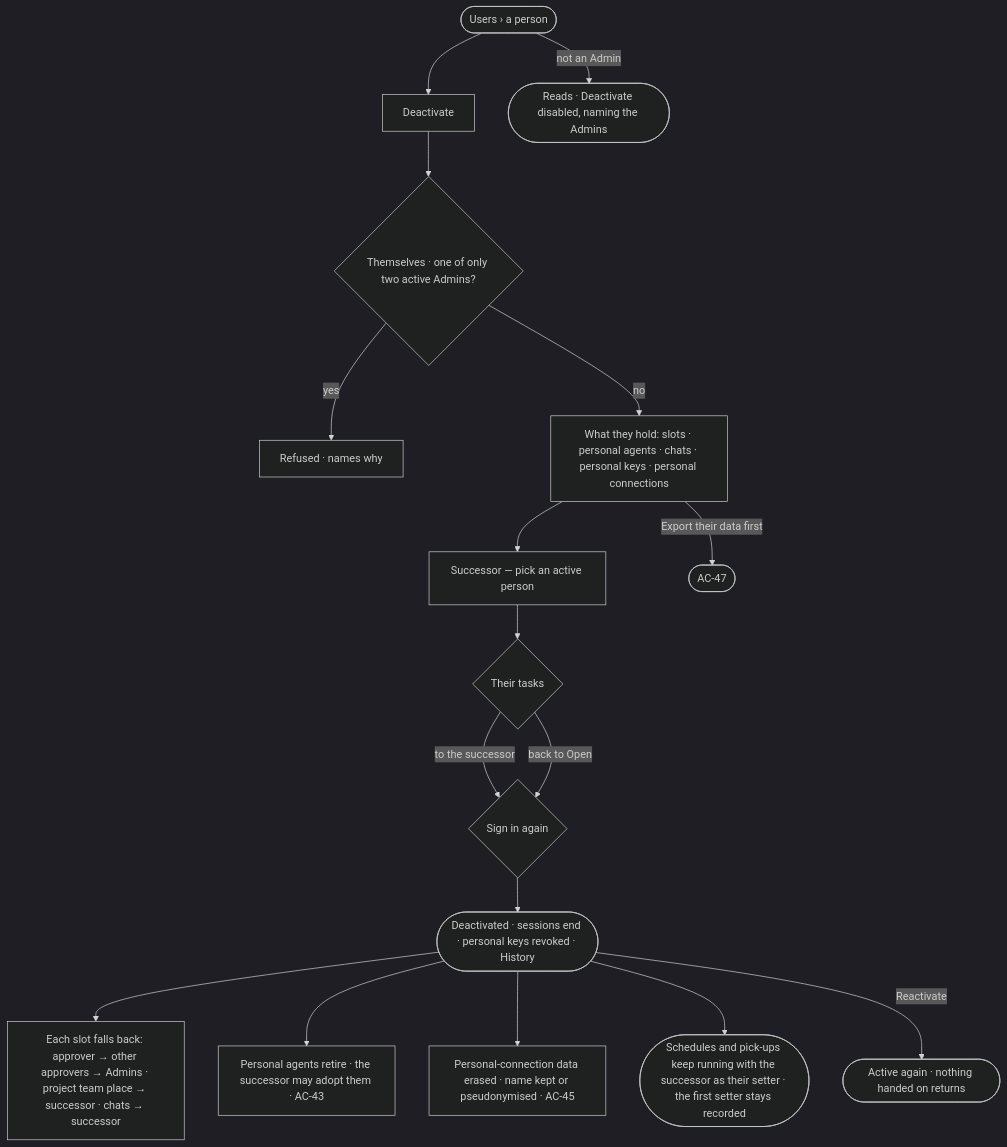
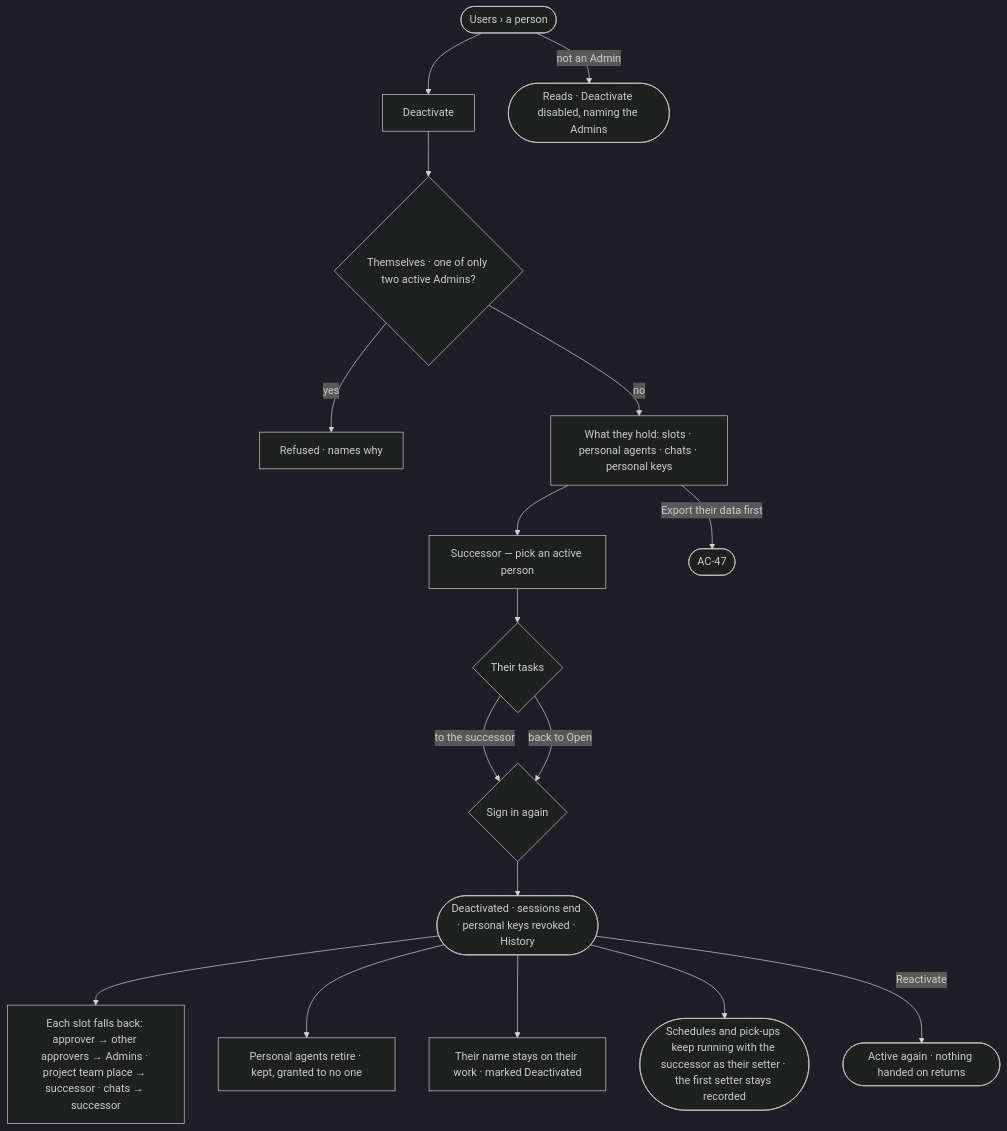
The diagram in specs/os/access/features/AC-F03-directory/stories/AC-23-deactivate-a-person-who-leaves/story.md (invana/invana), drawn with Mermaid (dark theme) before and after one commit. The commit also changed other lines of this file and 5 other files, not shown here.

````diff
--- a/specs/os/access/features/AC-F03-directory/stories/AC-23-deactivate-a-person-who-leaves/story.md
+++ b/specs/os/access/features/AC-F03-directory/stories/AC-23-deactivate-a-person-who-leaves/story.md
@@ -26,19 +26,19 @@
 ```mermaid
 flowchart TD
   s([Users › a person]) --> d["Deactivate"]
   d --> chk{"Themselves · one of only two active Admins?"}
   chk -->|yes| no["Refused · names why"]
-  chk -->|no| o["What they hold: slots · personal agents · chats · personal keys · personal connections"]
+  chk -->|no| o["What they hold: slots · personal agents · chats · personal keys"]
   o --> su["Successor — pick an active person"]
   su --> tk{"Their tasks"}
   tk -->|to the successor| pw
   tk -->|back to Open| pw
   o -->|Export their data first| ex(["AC-47"])
   pw{"Sign in again"} --> done(["Deactivated · sessions end · personal keys revoked · History"])
   done --> sl["Each slot falls back: approver → other approvers → Admins · project team place → successor · chats → successor"]
-  done --> ag["Personal agents retire · the successor may adopt them · AC-43"]
-  done --> pd["Personal-connection data erased · name kept or pseudonymised · AC-45"]
+  done --> ag["Personal agents retire · kept, granted to no one"]
+  done --> nm["Their name stays on their work · marked Deactivated"]
   done --> sch(["Schedules and pick-ups keep running with the successor as their setter · the first setter stays recorded"])
   done -->|Reactivate| re(["Active again · nothing handed on returns"])
   s -->|not an Admin| ro(["Reads · Deactivate disabled, naming the Admins"])
 ```
````
